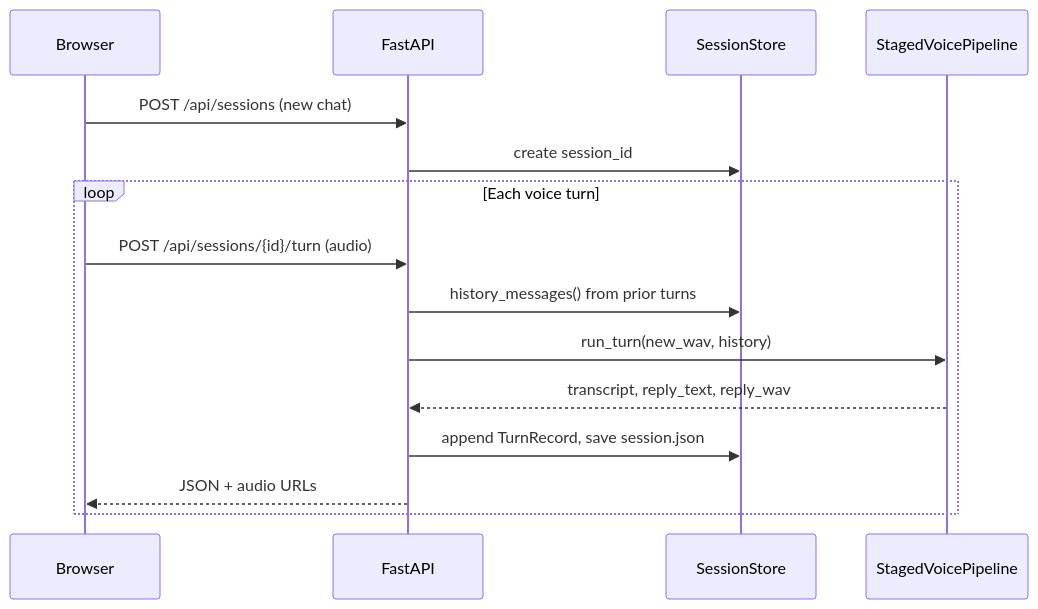
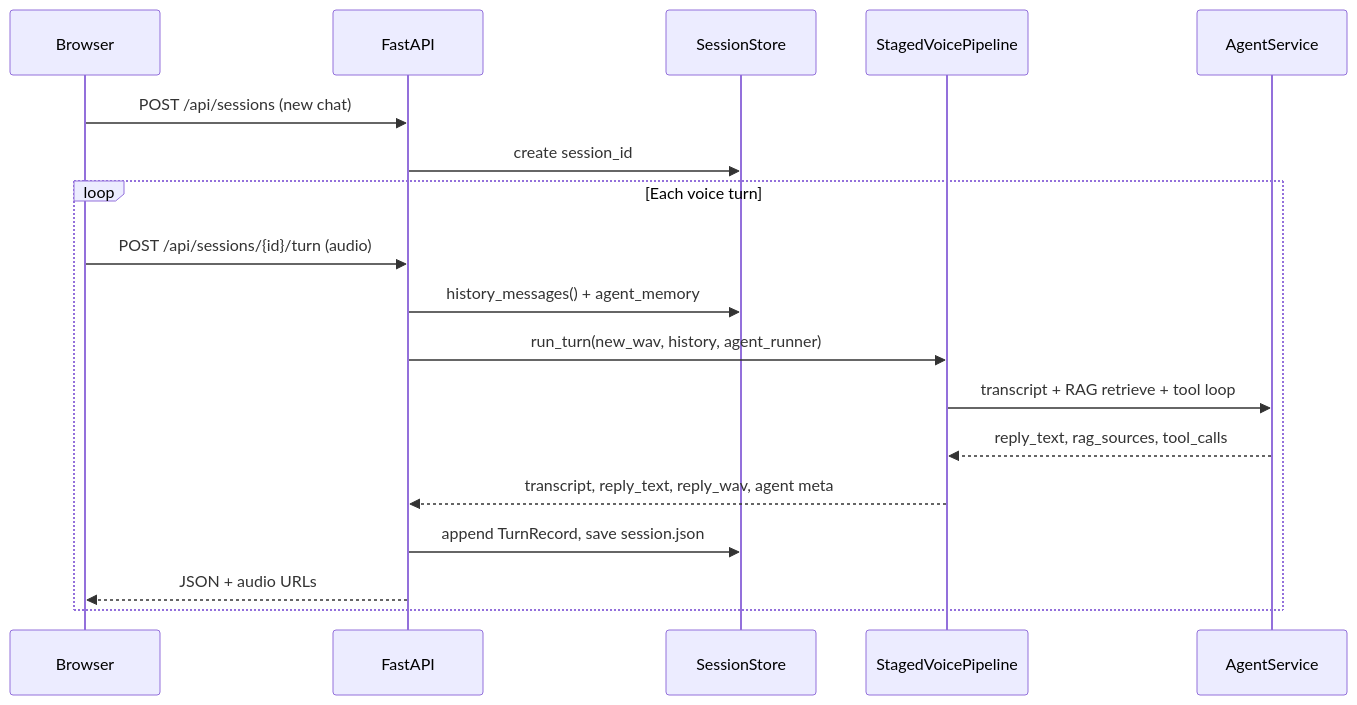
One commit to linjiahu-imachines/full_stack_ai_pipelines changed the fourth of 5 diagrams in speech_ai_exp/docs/SERVER_AND_PROJECT1_ARCHITECTURE.md. Above: the diagram before and after it, drawn with Mermaid. The commit also changed other lines of this file and 27 other files, not shown here.

````diff
--- a/speech_ai_exp/docs/SERVER_AND_PROJECT1_ARCHITECTURE.md
+++ b/speech_ai_exp/docs/SERVER_AND_PROJECT1_ARCHITECTURE.md
@@ -337,18 +388,21 @@
 ```mermaid
 sequenceDiagram
   participant UI as Browser
   participant API as FastAPI
   participant S as SessionStore
   participant P as StagedVoicePipeline
+  participant A as AgentService
 
   UI->>API: POST /api/sessions (new chat)
   API->>S: create session_id
   loop Each voice turn
     UI->>API: POST /api/sessions/{id}/turn (audio)
-    API->>S: history_messages() from prior turns
-    API->>P: run_turn(new_wav, history)
-    P-->>API: transcript, reply_text, reply_wav
+    API->>S: history_messages() + agent_memory
+    API->>P: run_turn(new_wav, history, agent_runner)
+    P->>A: transcript + RAG retrieve + tool loop
+    A-->>P: reply_text, rag_sources, tool_calls
+    P-->>API: transcript, reply_text, reply_wav, agent meta
     API->>S: append TurnRecord, save session.json
     API-->>UI: JSON + audio URLs
   end
 ```
````
